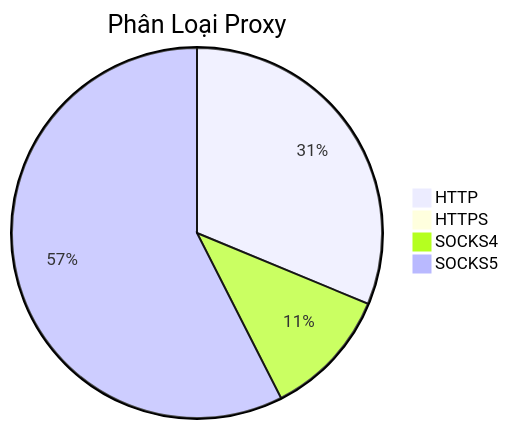
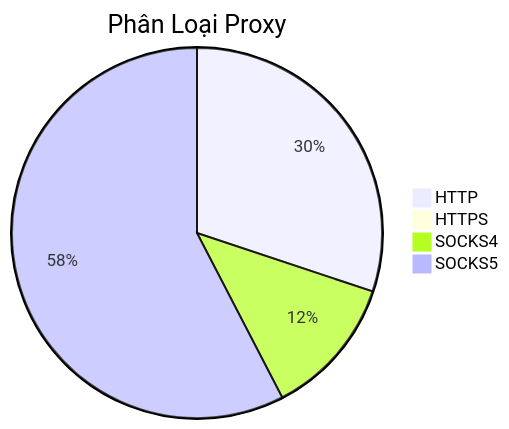
The diagram in README.md (Ciara-12/PROXY-free), drawn with Mermaid before and after one commit. The commit also changed other lines of this file and 4 other files, not shown here.

````diff
--- a/README.md
+++ b/README.md
@@ -26,7 +26,7 @@
 ```mermaid
 pie title Phân Loại Proxy
-    "HTTP" : 1063
-    "HTTPS" : 3
-    "SOCKS4" : 383
-    "SOCKS5" : 1956
+    "HTTP" : 991
+    "HTTPS" : 1
+    "SOCKS4" : 404
+    "SOCKS5" : 1896
 ```
````
